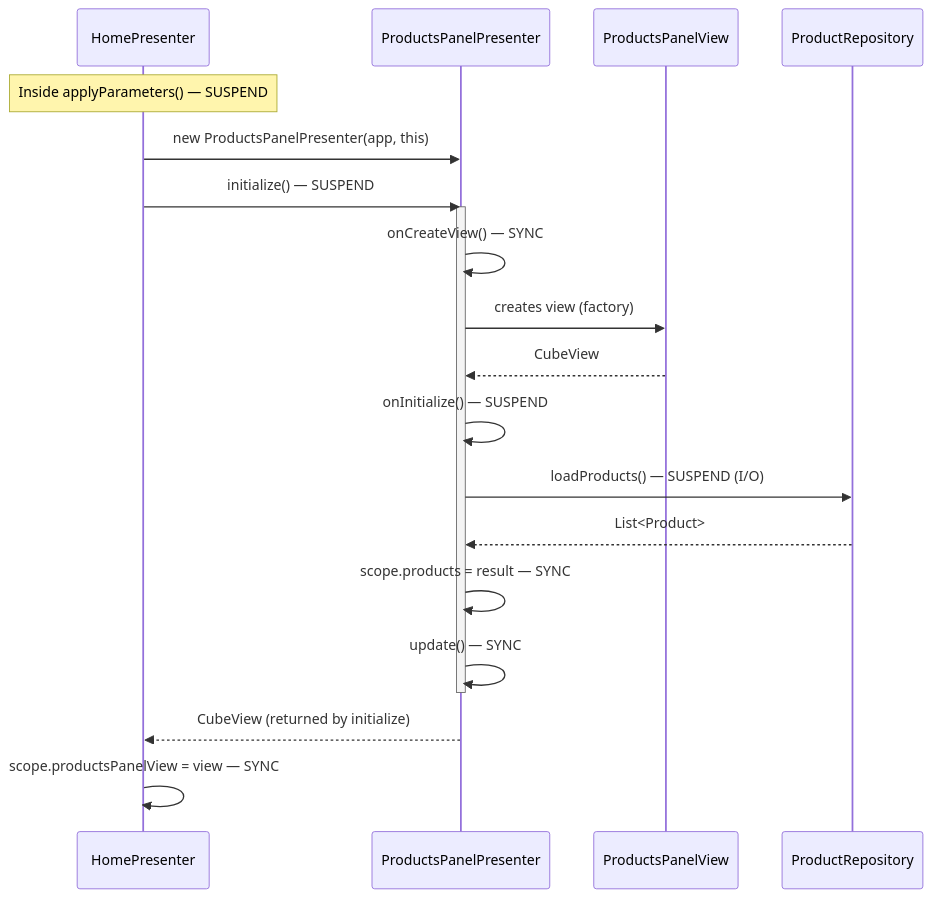
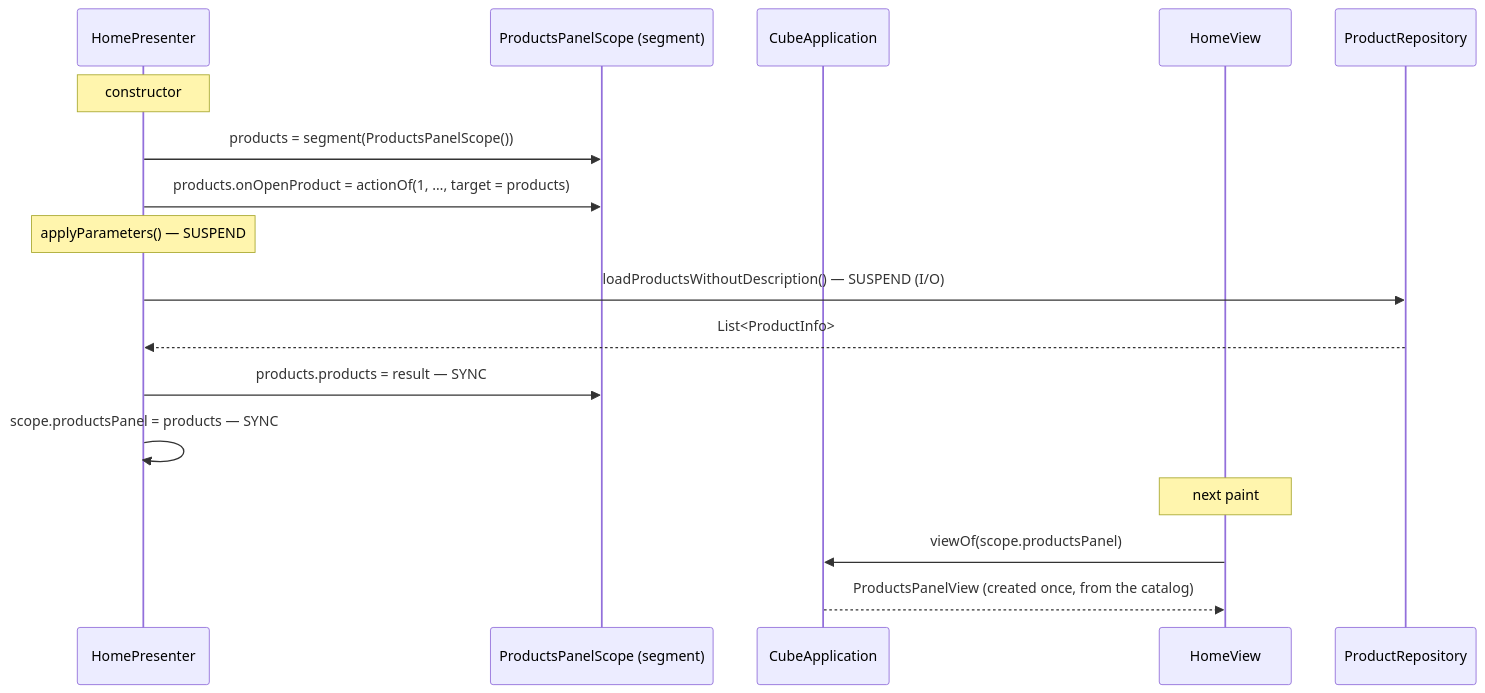
One commit to mrcdom/wdc-cube-kotlin changed diagram 15 of 19 in docs/architecture-cube.md. Above: the diagram before and after it, drawn with Mermaid. The commit also changed other lines of this file and 14 other files, not shown here.

First line of the commit message:
docs: actions, the view catalog, segments and cart rows

````diff
--- a/docs/architecture-cube.md
+++ b/docs/architecture-cube.md
@@ -844,27 +939,22 @@
 ```mermaid
 sequenceDiagram
-    participant Parent as HomePresenter
-    participant Child as ProductsPanelPresenter
-    participant View as ProductsPanelView
+    participant Home as HomePresenter
+    participant Seg as ProductsPanelScope (segment)
+    participant App as CubeApplication
+    participant View as HomeView
     participant Repo as ProductRepository
 
-    Note over Parent: Inside applyParameters() — SUSPEND
+    Note over Home: constructor
+    Home->>Seg: products = segment(ProductsPanelScope())
+    Home->>Seg: products.onOpenProduct = actionOf(1, …, target = products)
 
-    Parent->>Child: new ProductsPanelPresenter(app, this)
-    Parent->>Child: initialize() — SUSPEND
+    Note over Home: applyParameters() — SUSPEND
+    Home->>Repo: loadProductsWithoutDescription() — SUSPEND (I/O)
+    Repo-->>Home: List<ProductInfo>
+    Home->>Seg: products.products = result — SYNC
+    Home->>Home: scope.productsPanel = products — SYNC
 
-    activate Child
-    Child->>Child: onCreateView() — SYNC
-    Child->>View: creates view (factory)
-    View-->>Child: CubeView
-
-    Child->>Child: onInitialize() — SUSPEND
-    Child->>Repo: loadProducts() — SUSPEND (I/O)
-    Repo-->>Child: List<Product>
-    Child->>Child: scope.products = result — SYNC
-    Child->>Child: update() — SYNC
-    deactivate Child
-
-    Child-->>Parent: CubeView (returned by initialize)
-    Parent->>Parent: scope.productsPanelView = view — SYNC
+    Note over View: next paint
+    View->>App: viewOf(scope.productsPanel)
+    App-->>View: ProductsPanelView (created once, from the catalog)
 ```
````
